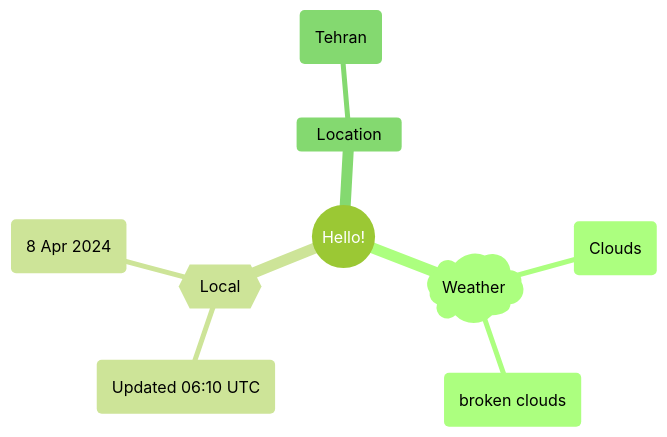
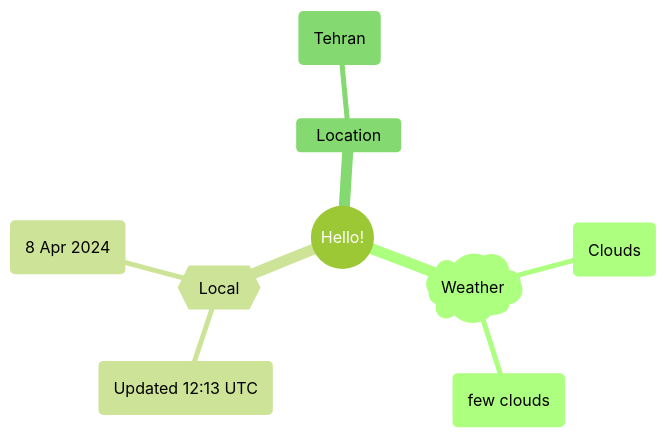
One commit to Xosrov/Xosrov changed the first of 2 diagrams in README.md. Above: the diagram before and after it, drawn with Mermaid (forest theme).

Commit message:
[bot] updated images

````diff
--- a/README.md
+++ b/README.md
@@ -3,12 +3,12 @@
 ```mermaid
 mindmap
   root((Hello!))
     )Weather(
         (Clouds)
-        (broken clouds)
+        (few clouds)
     {{Local}}
-        (Updated 06:10 UTC)
+        (Updated 12:13 UTC)
         (8 Apr 2024)
     Location
         (Tehran)
 ```
````
